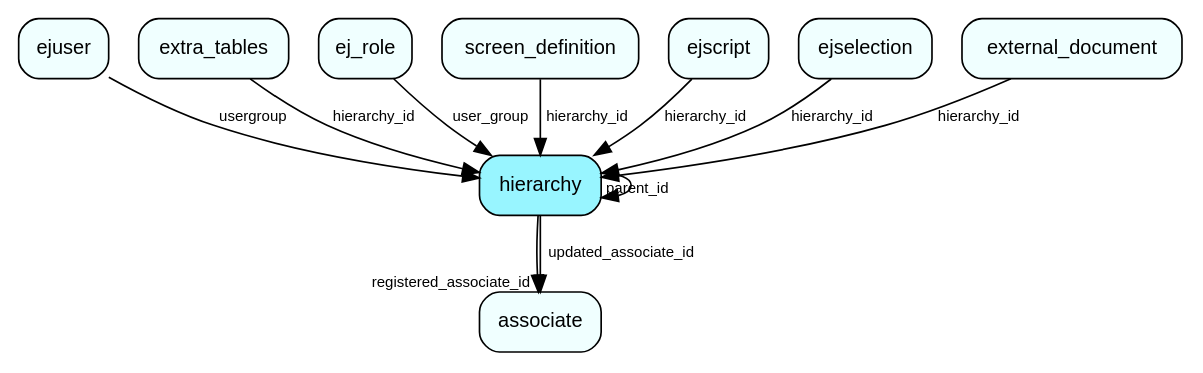
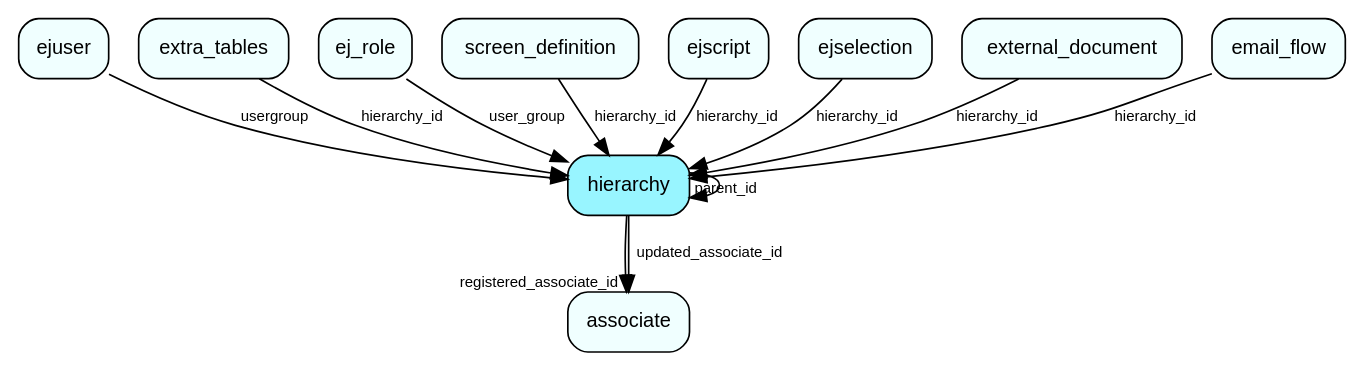
The diagram in docs/en/database/tables/media/hierarchy.dot (SuperOfficeDocs/superoffice-docs), drawn with Graphviz before and after one commit. The commit also changed 680 other files, not shown here.

```diff
--- a/docs/en/database/tables/media/hierarchy.dot
+++ b/docs/en/database/tables/media/hierarchy.dot
@@ -1,24 +1,26 @@
 digraph hierarchy  {
 node [shape = box style="rounded, filled" fontname = "Helvetica" fontsize = "12" ]
 edge [fontname = "Helvetica" fontsize = "9"]
 
 hierarchy[fillcolor = "cadetblue1"]
 associate[fillcolor = "azure1"]
 ejuser[fillcolor = "azure1"]
 extra_tables[fillcolor = "azure1"]
 ej_role[fillcolor = "azure1"]
 screen_definition[fillcolor = "azure1"]
 ejscript[fillcolor = "azure1"]
 ejselection[fillcolor = "azure1"]
 external_document[fillcolor = "azure1"]
+email_flow[fillcolor = "azure1"]
 hierarchy -> hierarchy [headlabel = "parent_id"]
 hierarchy -> associate [headlabel = "registered_associate_id"]
 hierarchy -> associate [label = "updated_associate_id"]
 ejuser -> hierarchy [label = "usergroup"]
 extra_tables -> hierarchy [label = "hierarchy_id"]
 ej_role -> hierarchy [label = "user_group"]
 screen_definition -> hierarchy [label = "hierarchy_id"]
 ejscript -> hierarchy [label = "hierarchy_id"]
 ejselection -> hierarchy [label = "hierarchy_id"]
 external_document -> hierarchy [label = "hierarchy_id"]
+email_flow -> hierarchy [label = "hierarchy_id"]
 }
```
